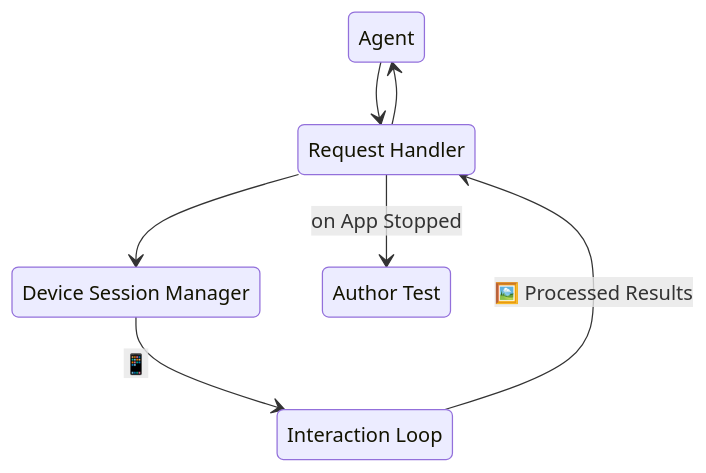
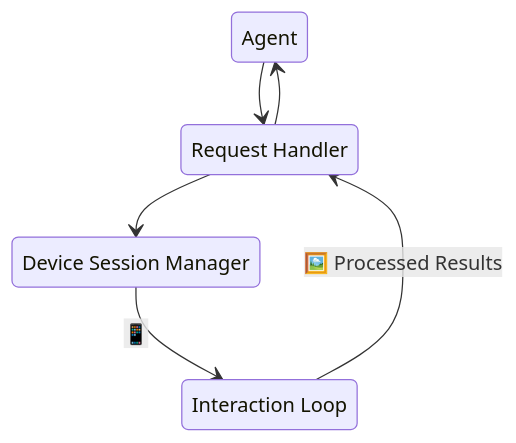
The diagram in docs/features/mcp-server/index.md (zillow/auto-mobile), drawn with Mermaid before and after one commit. The commit also changed 9 other files, not shown here.

````diff
--- a/docs/features/mcp-server/index.md
+++ b/docs/features/mcp-server/index.md
@@ -8,16 +8,13 @@
 ```mermaid
 stateDiagram-v2
   Agent: Agent
   RequestHandler: Request Handler
   DeviceSessionManager: Device Session Manager
   InteractionLoop: Interaction Loop
-  AuthorTest: Author Test
 
   Agent --> RequestHandler
   RequestHandler --> Agent
   RequestHandler --> DeviceSessionManager
   InteractionLoop --> RequestHandler: 🖼️ Processed Results
   DeviceSessionManager --> InteractionLoop: 📱
-  RequestHandler --> AuthorTest: on App Stopped
-
 ```
````
